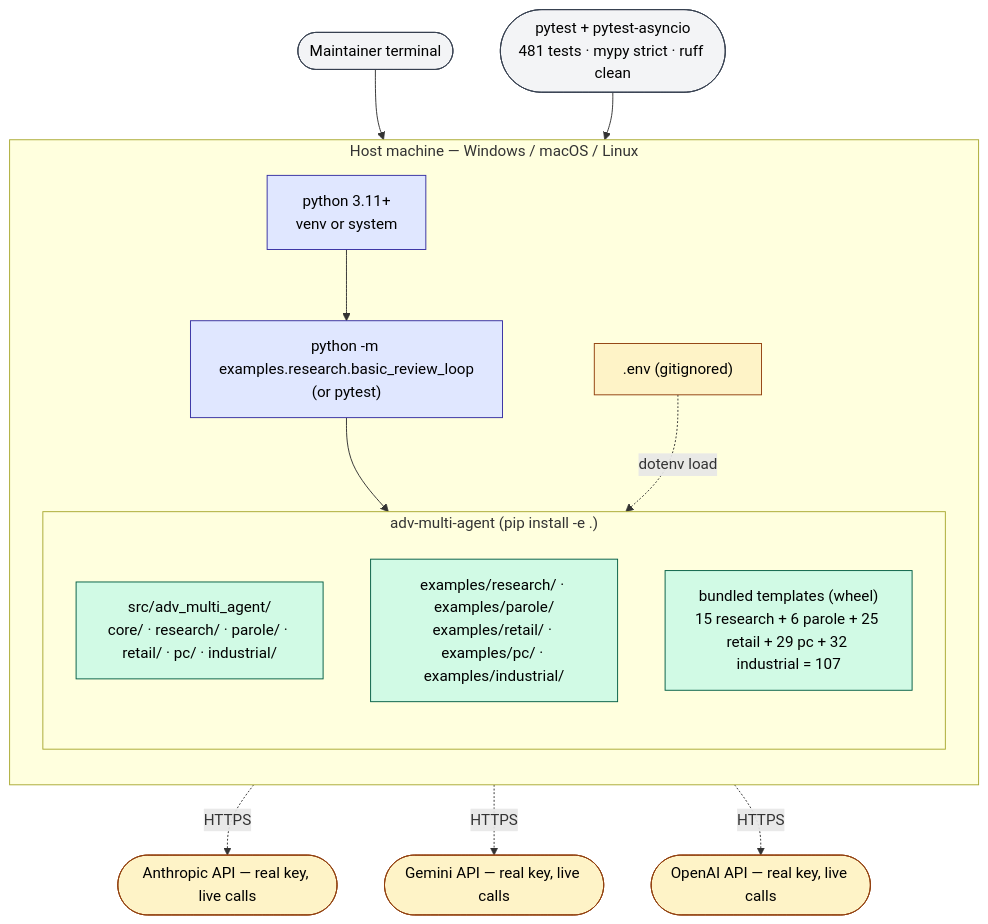
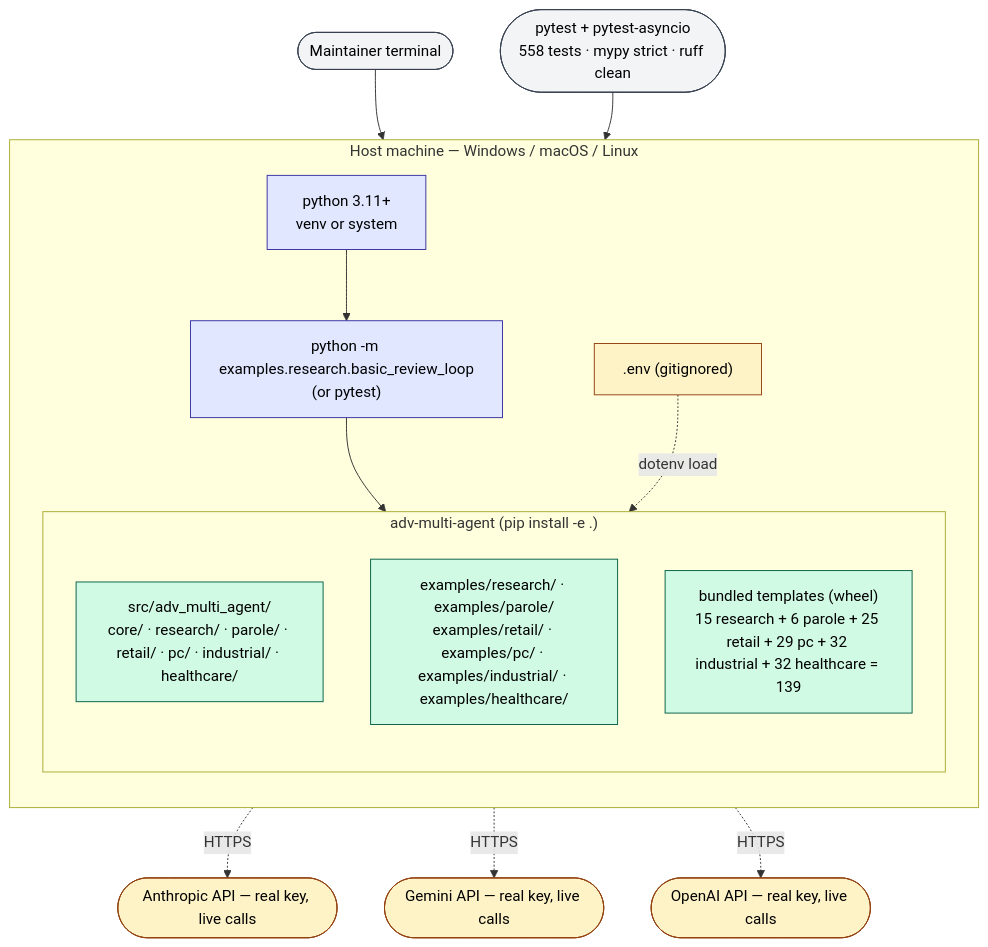
Before and after one commit to gmanch94/adversarial-multi-agent-lib: the second of 2 diagrams in docs/deployment-architecture.md, drawn with Mermaid. The commit also changed other lines of this file and 2 other files, not shown here.

First line of the commit message:
docs: refresh architecture, deployment, lessons for 6-domain state (healthcare MVP and L-HEALTH-1..4 closure)

````diff
--- a/docs/deployment-architecture.md
+++ b/docs/deployment-architecture.md
@@ -132,37 +135,37 @@
 ```mermaid
 flowchart TB
     classDef proc fill:#e0e7ff,stroke:#3730a3,color:#000
     classDef lib fill:#d1fae5,stroke:#065f46,color:#000
     classDef ext fill:#fef3c7,stroke:#92400e,color:#000
     classDef user fill:#f3f4f6,stroke:#374151,color:#000
 
     Dev([Maintainer terminal]):::user
-    Pyt([pytest + pytest-asyncio<br/>481 tests · mypy strict · ruff clean]):::user
+    Pyt([pytest + pytest-asyncio<br/>558 tests · mypy strict · ruff clean]):::user
 
     subgraph Host["Host machine — Windows / macOS / Linux"]
         direction TB
         Py["python 3.11+<br/>venv or system"]:::proc
         EnvLocal[".env (gitignored)"]:::ext
         Example["python -m examples.research.basic_review_loop<br/>(or pytest)"]:::proc
 
         subgraph Pkg["adv-multi-agent (pip install -e .)"]
             direction TB
-            Src["src/adv_multi_agent/<br/>core/ · research/ · parole/ · retail/ · pc/ · industrial/"]:::lib
-            Examples["examples/research/ · examples/parole/<br/>examples/retail/ · examples/pc/ · examples/industrial/"]:::lib
-            SkillsDir["bundled templates (wheel)<br/>15 research + 6 parole + 25 retail + 29 pc + 32 industrial = 107"]:::lib
+            Src["src/adv_multi_agent/<br/>core/ · research/ · parole/ · retail/ · pc/ · industrial/ · healthcare/"]:::lib
+            Examples["examples/research/ · examples/parole/<br/>examples/retail/ · examples/pc/ · examples/industrial/ · examples/healthcare/"]:::lib
+            SkillsDir["bundled templates (wheel)<br/>15 research + 6 parole + 25 retail + 29 pc + 32 industrial + 32 healthcare = 139"]:::lib
         end
     end
 
     Anthro([Anthropic API — real key, live calls]):::ext
     GeminiDev([Gemini API — real key, live calls]):::ext
     OAI([OpenAI API — real key, live calls]):::ext
 
     Dev --> Py
     Pyt --> Py
     Py --> Example
     Example --> Src
     EnvLocal -. dotenv load .-> Src
     Src -. HTTPS .-> Anthro
     Src -. HTTPS .-> GeminiDev
     Src -. HTTPS .-> OAI
 ```
````
